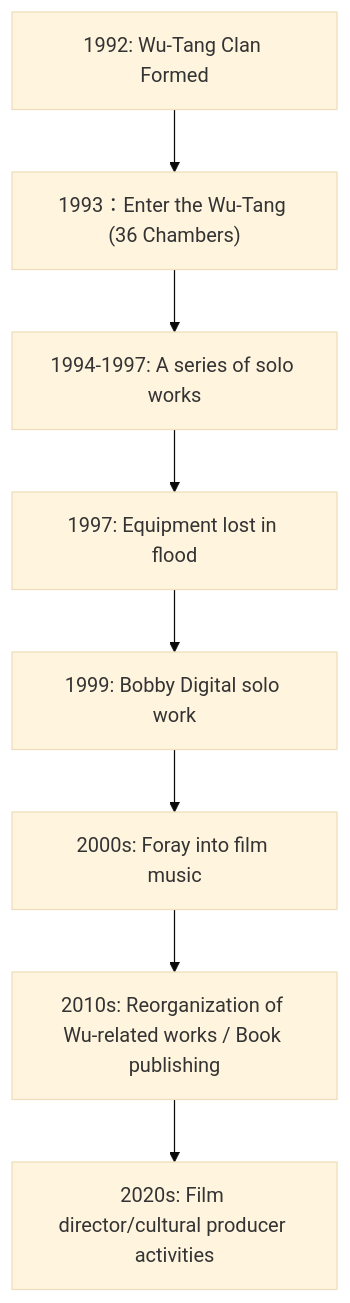
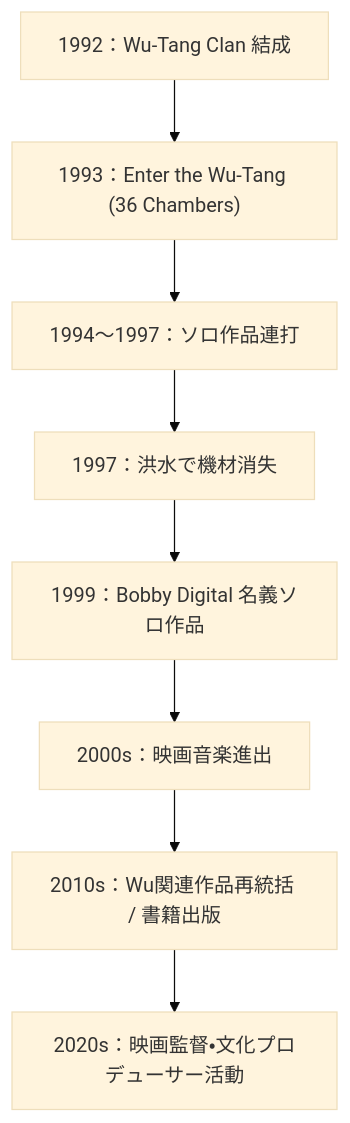
One commit to monumental-movement/monumental-movement.github.io changed the eighth of 8 diagrams in en/_posts/2025-11-21-column-rza.md. Above: the diagram before and after it, drawn with Mermaid (base theme). The commit also changed other lines of this file and 2196 other files, not shown here.

```diff
--- a/en/_posts/2025-11-21-column-rza.md
+++ b/en/_posts/2025-11-21-column-rza.md
@@ -268,12 +267,12 @@
 <div class="mermaid">
 
 flowchart TD
-    A["1992: Wu-Tang Clan Formed"] --> B["1993：Enter the Wu-Tang (36 Chambers)"]
-    B --> C["1994-1997: A series of solo works"]
-    C --> D["1997: Equipment lost in flood"]
-    D --> E["1999: Bobby Digital solo work"]
-    E --> F["2000s: Foray into film music"]
-    F --> G["2010s: Reorganization of Wu-related works / Book publishing"]
-    G --> H["2020s: Film director/cultural producer activities"]
+    A["1992：Wu-Tang Clan 結成"] --> B["1993：Enter the Wu-Tang (36 Chambers)"]
+    B --> C["1994〜1997：ソロ作品連打"]
+    C --> D["1997：洪水で機材消失"]
+    D --> E["1999：Bobby Digital 名義ソロ作品"]
+    E --> F["2000s：映画音楽進出"]
+    F --> G["2010s：Wu関連作品再統括 / 書籍出版"]
+    G --> H["2020s：映画監督・文化プロデューサー活動"]
 
 </div>
```
